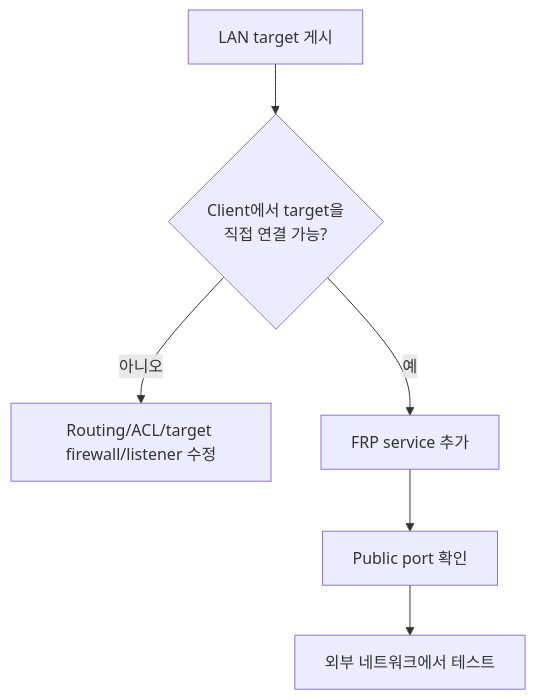
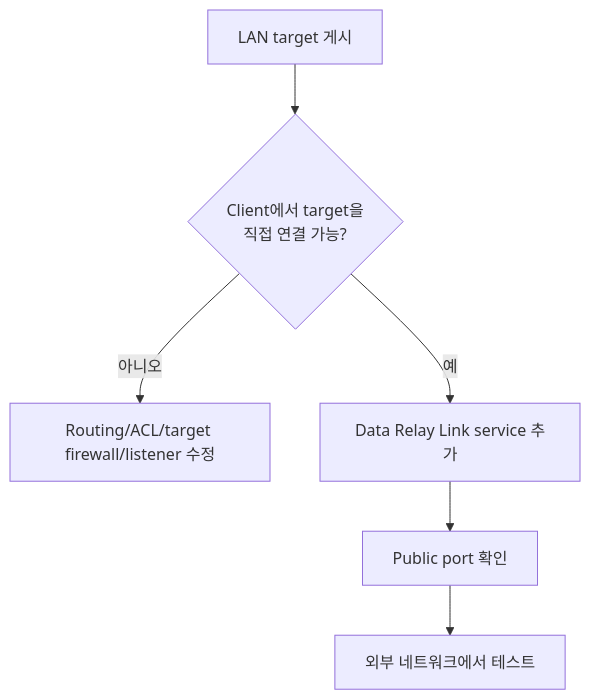
The third of 3 diagrams in ko/guides/custom-tcp-lan.mdx (datarelay-labs/data-relay-link-docs), drawn with Mermaid before and after one commit. The commit also changed other lines of this file and 32 other files, not shown here.

````diff
--- a/ko/guides/custom-tcp-lan.mdx
+++ b/ko/guides/custom-tcp-lan.mdx
@@ -47,8 +47,8 @@
 ```mermaid
 flowchart TD
     A[LAN target 게시] --> B{Client에서 target을\n직접 연결 가능?}
     B -->|아니오| C[Routing/ACL/target firewall/listener 수정]
-    B -->|예| D[FRP service 추가]
+    B -->|예| D[Data Relay Link service 추가]
     D --> E[Public port 확인]
     E --> F[외부 네트워크에서 테스트]
 ```
````
